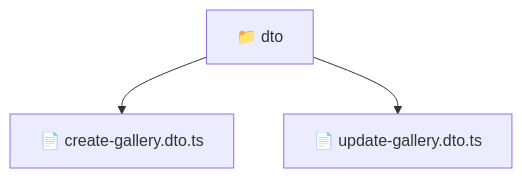
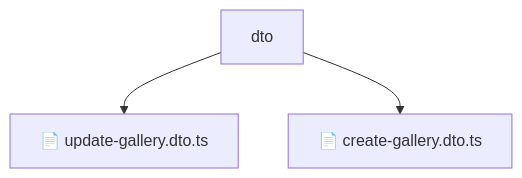
One commit to beginwebdev2002/fullstack-mavluda changed the diagram in backend/src/modules/gallery/presentation/dto/README.md. Above: the diagram before and after it, drawn with Mermaid. The commit also changed other lines of this file and 155 other files, not shown here.

````diff
--- a/backend/src/modules/gallery/presentation/dto/README.md
+++ b/backend/src/modules/gallery/presentation/dto/README.md
@@ -10,6 +14,6 @@
 ```mermaid
 graph TD
-  Root["📁 dto"]
-  Root --> creategallerydtots["📄 create-gallery.dto.ts"]
-  Root --> updategallerydtots["📄 update-gallery.dto.ts"]
+    Root[dto]
+    Root --> F0[📄 update-gallery.dto.ts]
+    Root --> F1[📄 create-gallery.dto.ts]
 ```
````
